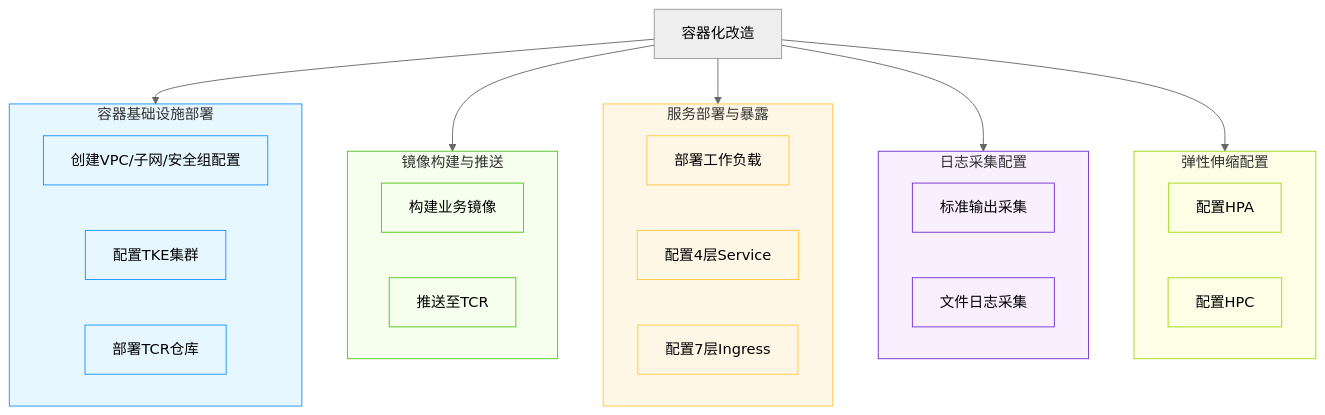
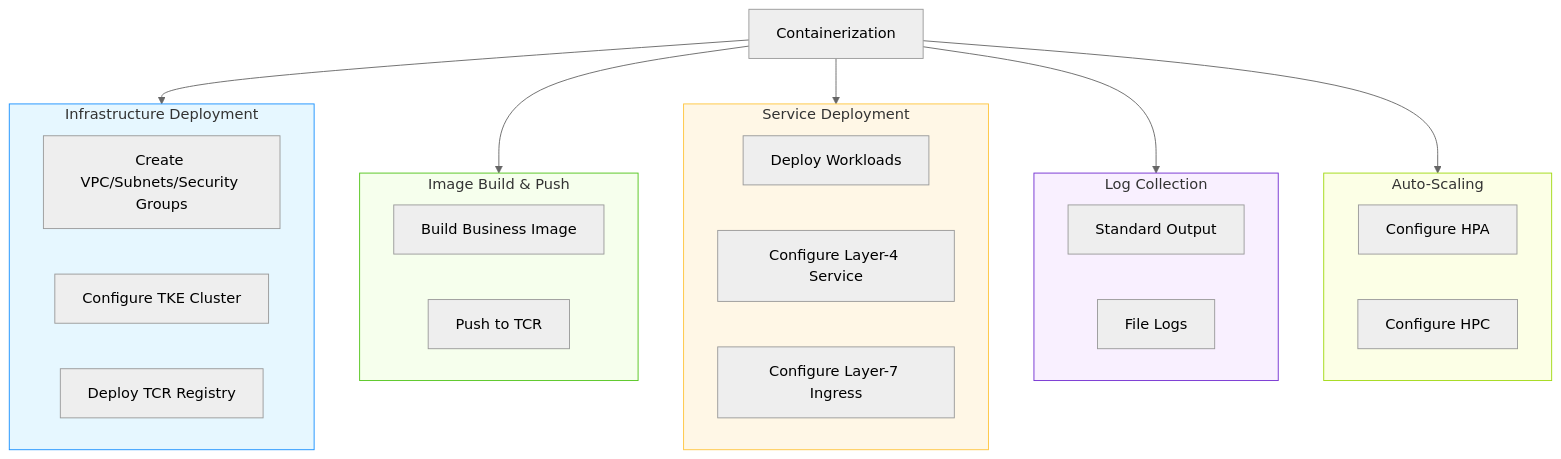
One commit to kestrelli/Enterprise-containerization-transformation changed the first of 2 diagrams in 容器化改造/README.md. Above: the diagram before and after it, drawn with Mermaid (neutral theme). The commit also changed other lines of this file, not shown here.

````diff
--- a/容器化改造/README.md
+++ b/容器化改造/README.md
@@ -20,70 +22,54 @@
 ```mermaid
 graph TD
-    %% 主框架
-    A[容器化改造]
-    A --> B[容器基础设施部署]
-    A --> C[镜像构建与推送]
-    A --> D[服务部署与暴露]
-    A --> E[日志采集配置]
-    A --> F[弹性伸缩配置]
+    %% Main Framework
+    A[Containerization] --> B[Infrastructure Deployment]
+    A --> C[Image Build & Push]
+    A --> D[Service Deployment]
+    A --> E[Log Collection]
+    A --> F[Auto-Scaling]
     
-    %% 基础设施部署
-    subgraph B[容器基础设施部署]
-        B1[创建VPC/子网/安全组配置]
-        B2[配置TKE集群]
-        B3[部署TCR仓库]
+    %% Infrastructure
+    subgraph B[Infrastructure Deployment]
+        B1[Create VPC/Subnets/Security Groups]
+        B2[Configure TKE Cluster]
+        B3[Deploy TCR Registry]
     end
     
-    %% 镜像管理
-    subgraph C[镜像构建与推送]
-        C1[构建业务镜像]
-        C2[推送至TCR]
+    %% Image Management
+    subgraph C[Image Build & Push]
+        C1[Build Business Image]
+        C2[Push to TCR]
     end
     
-    %% 服务部署
-    subgraph D[服务部署与暴露]
-        D1[部署工作负载]
-        D2[配置4层Service]
-        D3[配置7层Ingress]
-
+    %% Service Deployment
+    subgraph D[Service Deployment]
+        D1[Deploy Workloads]
+        D2[Configure Layer-4 Service]
+        D3[Configure Layer-7 Ingress]
     end
     
-    %% 精确日志采集配置
-    subgraph E[日志采集配置]
-       
-        E4[标准输出采集]
-        E5[文件日志采集]
-  
+    %% Log Collection
+    subgraph E[Log Collection]
+        E1[Standard Output]
+        E2[File Logs]
     end
     
-    %% 精确弹性伸缩配置
-    subgraph F[弹性伸缩配置]
-        F1[配置HPA]
-        
-        F2[配置HPC]
-       
-        
-    
+    %% Scaling
+    subgraph F[Auto-Scaling]
+        F1[Configure HPA]
+        F2[Configure HPC]
     end
     
-    %% 依赖关系
-   
-    
-    %% 样式定义
+    %% Styles
     classDef infra fill:#e6f7ff,stroke:#1890ff;
     classDef image fill:#f6ffed,stroke:#52c41a;
     classDef service fill:#fff7e6,stroke:#ffc53d;
     classDef logging fill:#f9f0ff,stroke:#722ed1;
     classDef scaling fill:#fcffe6,stroke:#a0d911;
     
     class B infra
     class C image
     class D service
     class E logging
     class F scaling
-    class B1,B2,B3,B4,B5 infra
-    class C1,C2 image
-    class D1,D2,D3,D4 service
-    class E1,E2,E3,E4,E5 logging
-    class F1,F1a,F1b,F1c,F2,F2a,F2b,F2c scaling
 ```
````
